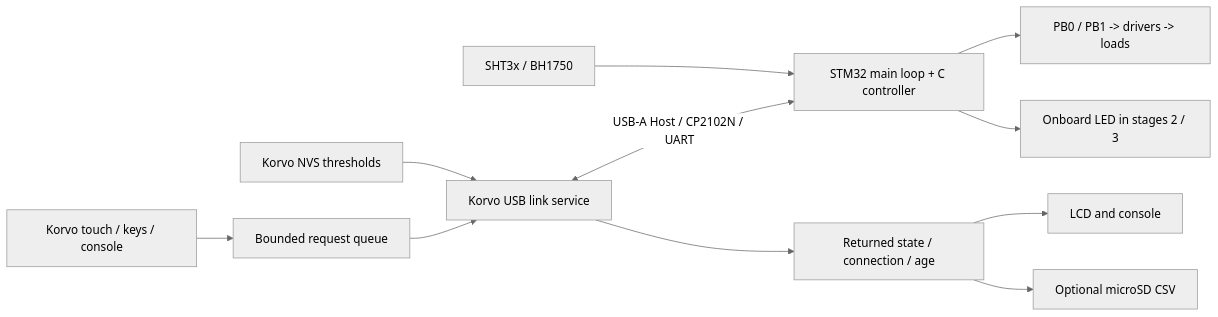
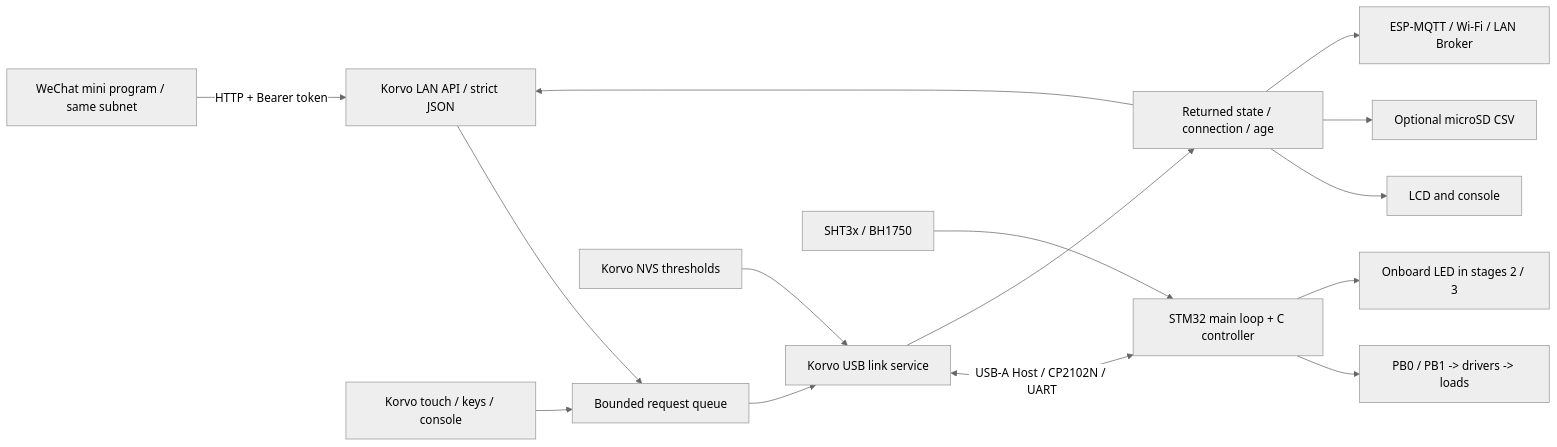
One commit to xuan511/embedded-smart-home changed the diagram in docs/ARCHITECTURE.md. Above: the diagram before and after it, drawn with Mermaid (neutral theme). The commit also changed other lines of this file and 18 other files, not shown here.

Commit message:
fix: bound LAN API parsing and verify full network firmware profile

````diff
--- a/docs/ARCHITECTURE.md
+++ b/docs/ARCHITECTURE.md
@@ -9,13 +9,17 @@
 ```mermaid
 flowchart LR
-    Inputs["Korvo touch / keys / console"] --> Queue["Bounded request queue"]
+    Phone["WeChat mini program / same subnet"] -->|"HTTP + Bearer token"| API["Korvo LAN API / strict JSON"]
+    API --> Queue["Bounded request queue"]
+    Inputs["Korvo touch / keys / console"] --> Queue
     Queue --> Host["Korvo USB link service"]
     NVS["Korvo NVS thresholds"] --> Host
     Host <-->|"USB-A Host / CP2102N / UART"| STM["STM32 main loop + C controller"]
     Sensors["SHT3x / BH1750"] --> STM
     STM --> GPIO["PB0 / PB1 -> drivers -> loads"]
     STM --> LED["Onboard LED in stages 2 / 3"]
     Host --> Snapshot["Returned state / connection / age"]
     Snapshot --> UI["LCD and console"]
     Snapshot --> SD["Optional microSD CSV"]
+    Snapshot --> API
+    Snapshot --> MQTT["ESP-MQTT / Wi-Fi / LAN Broker"]
 ```
````
